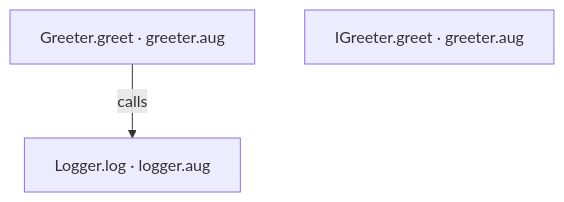
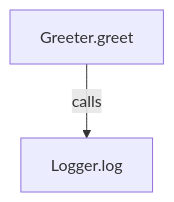
One commit to GreenPandaStudios/augscript changed the second of 3 diagrams in docs/examples/new-syntax/greeter-diagrams.md. Above: the diagram before and after it, drawn with Mermaid. The commit also changed other lines of this file and 524 other files, not shown here.

Commit message:
Explain checked data flow at folder and service levels

````diff
--- a/docs/examples/new-syntax/greeter-diagrams.md
+++ b/docs/examples/new-syntax/greeter-diagrams.md
@@ -34,7 +34,6 @@
 ```mermaid
 flowchart TD
-    n0["Greeter.greet · greeter.aug"]
-    n1["IGreeter.greet · greeter.aug"]
-    n2["Logger.log · logger.aug"]
-    n0 -->|"calls"| n2
+    n0["Greeter.greet"]
+    n1["Logger.log"]
+    n0 -->|"calls"| n1
 ```
````
